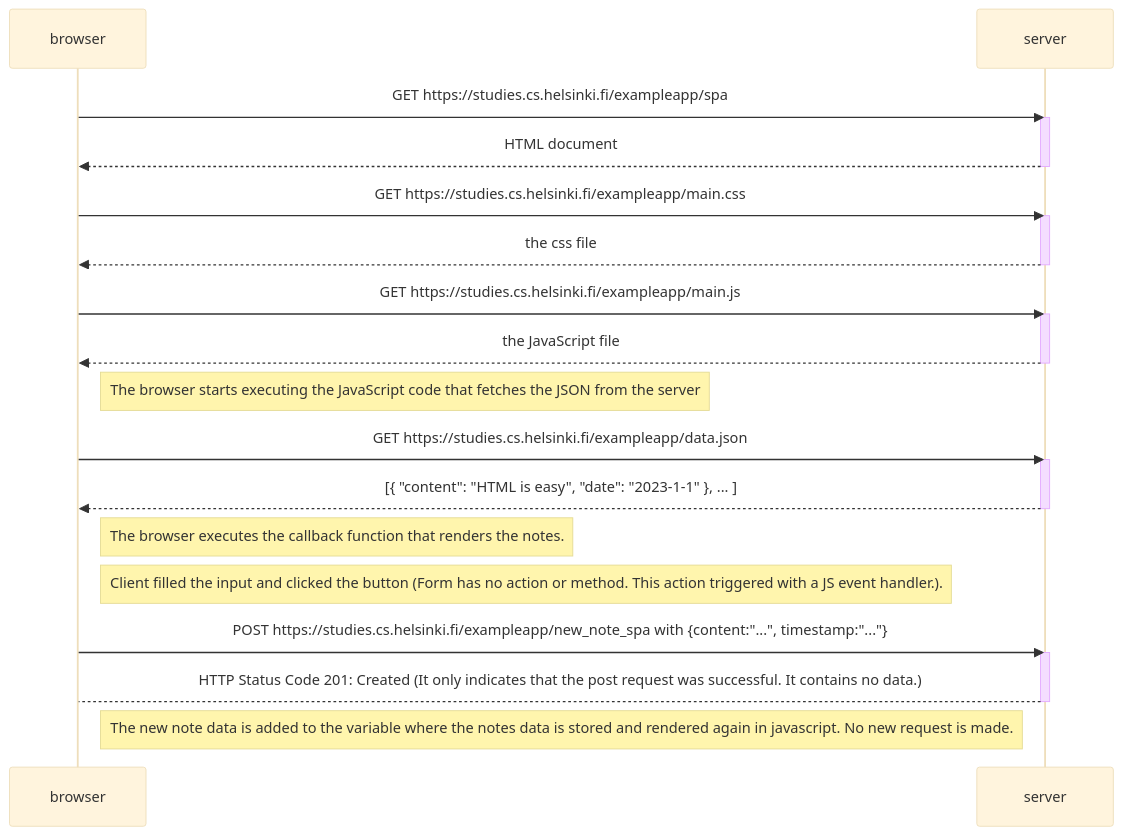
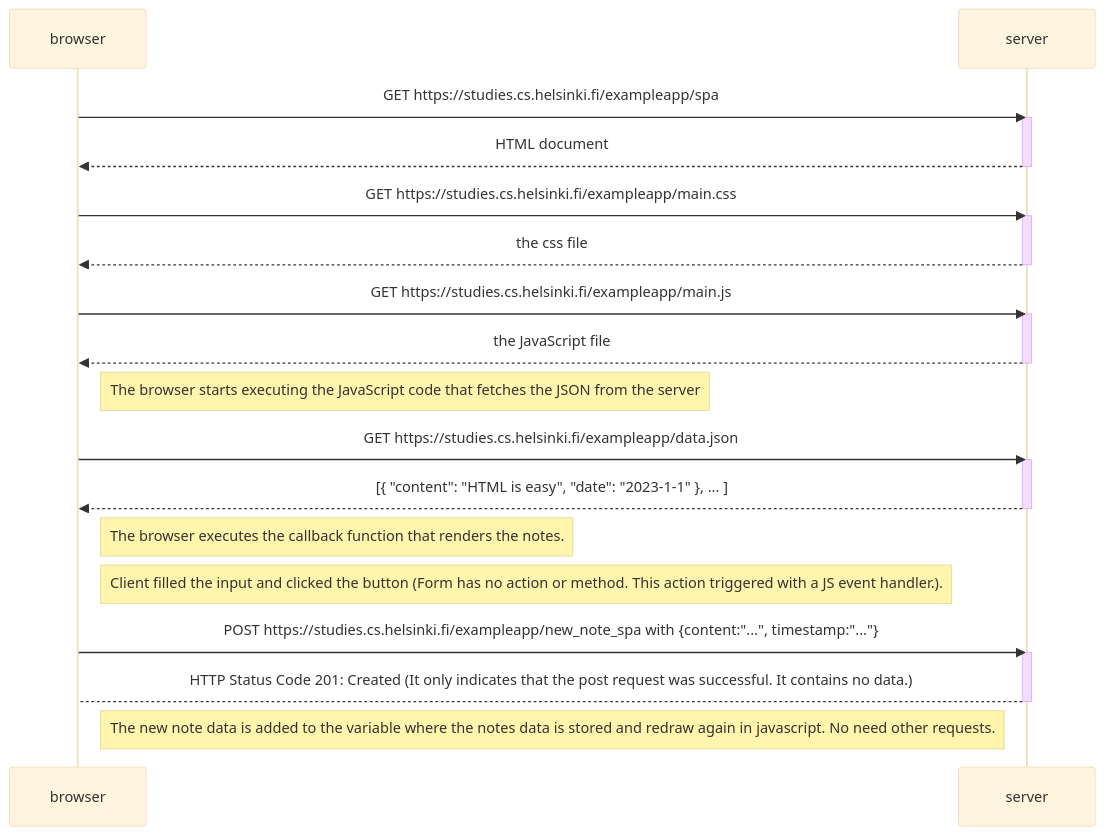
One commit to falkayadev/FullstackOpen changed the diagram in part0/0.5-exercise.md. Above: the diagram before and after it, drawn with Mermaid (base theme).

Commit message:
render --> redraw

````diff
--- a/part0/0.5-exercise.md
+++ b/part0/0.5-exercise.md
@@ -1,37 +1,37 @@
 ```mermaid
 sequenceDiagram
     participant browser
     participant server
 
     browser->>server: GET https://studies.cs.helsinki.fi/exampleapp/spa
     activate server
     server-->>browser: HTML document
     deactivate server
 
     browser->>server: GET https://studies.cs.helsinki.fi/exampleapp/main.css
     activate server
     server-->>browser: the css file
     deactivate server
 
     browser->>server: GET https://studies.cs.helsinki.fi/exampleapp/main.js
     activate server
     server-->>browser: the JavaScript file
     deactivate server
 
     Note right of browser: The browser starts executing the JavaScript code that fetches the JSON from the server
 
     browser->>server: GET https://studies.cs.helsinki.fi/exampleapp/data.json
     activate server
     server-->>browser: [{ "content": "HTML is easy", "date": "2023-1-1" }, ... ]
     deactivate server
 
     Note right of browser: The browser executes the callback function that renders the notes.
 
     Note right of browser: Client filled the input and clicked the button (Form has no action or method. This action triggered with a JS event handler.).
     browser->>server: POST https://studies.cs.helsinki.fi/exampleapp/new_note_spa with {content:"...", timestamp:"..."}
     activate server
     server-->browser: HTTP Status Code 201: Created (It only indicates that the post request was successful. It contains no data.)
     deactivate server
 
-    Note right of browser: The new note data is added to the variable where the notes data is stored and rendered again in javascript. No new request is made.
+    Note right of browser: The new note data is added to the variable where the notes data is stored and redraw again in javascript. No need other requests.
 ```
````
